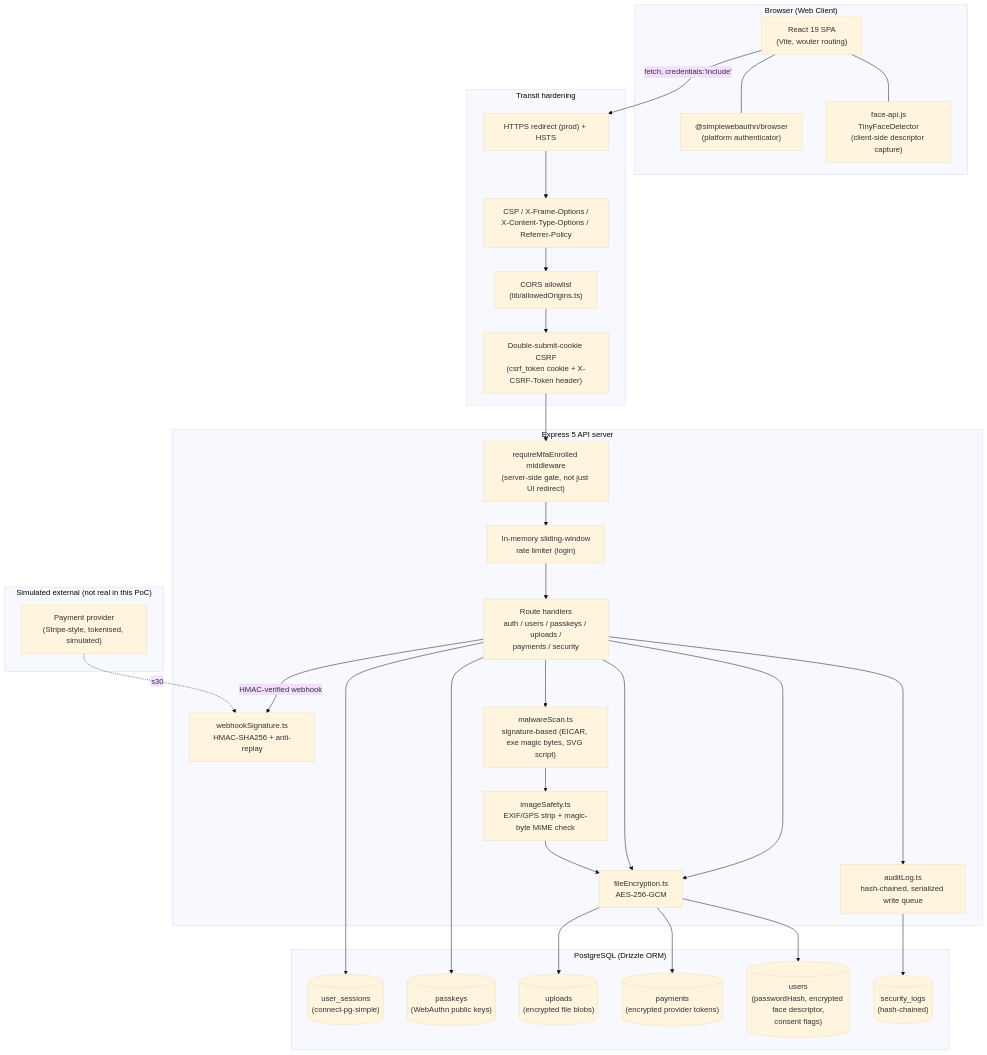
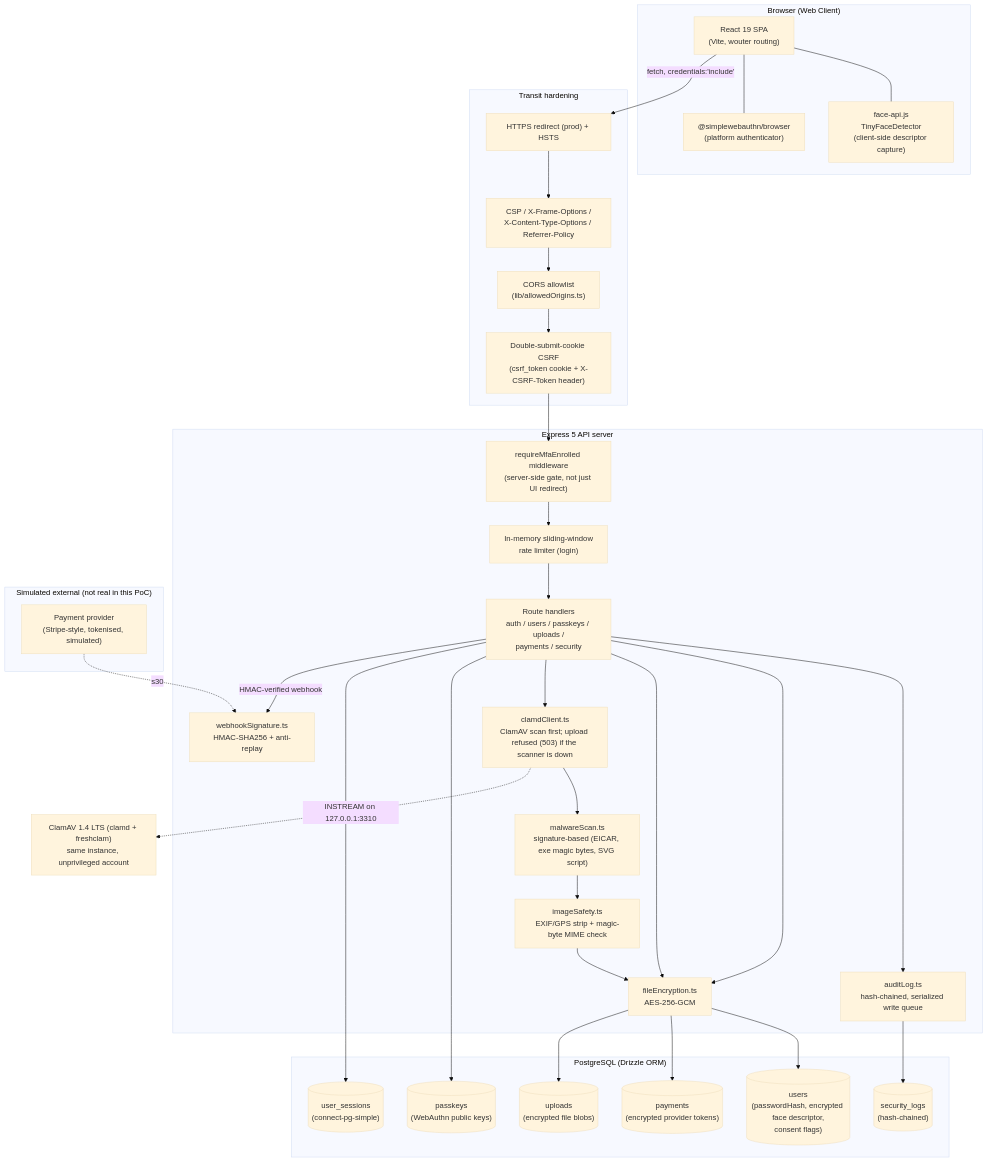
Before and after one commit to GYaseenkhan/Biometric--Authentication: the diagram in docs/01_Security_Architecture.md, drawn with Mermaid (base theme). The commit also changed other lines of this file and 16 other files, not shown here.

First line of the commit message:
Scan uploads with ClamAV on the API instance, and refuse uploads when it is down

````diff
--- a/docs/01_Security_Architecture.md
+++ b/docs/01_Security_Architecture.md
@@ -8,52 +8,54 @@
 ```mermaid
 flowchart TB
     subgraph Client["Browser (Web Client)"]
         UI["React 19 SPA<br/>(Vite, wouter routing)"]
         FaceLib["face-api.js<br/>TinyFaceDetector<br/>(client-side descriptor capture)"]
         WebAuthnClient["@simplewebauthn/browser<br/>(platform authenticator)"]
         UI --- FaceLib
         UI --- WebAuthnClient
     end
 
     subgraph Edge["Transit hardening"]
         HTTPS["HTTPS redirect (prod) + HSTS"]
         Headers["CSP / X-Frame-Options /<br/>X-Content-Type-Options / Referrer-Policy"]
         CORS["CORS allowlist<br/>(lib/allowedOrigins.ts)"]
         CSRF["Double-submit-cookie CSRF<br/>(csrf_token cookie + X-CSRF-Token header)"]
     end
 
     subgraph API["Express 5 API server"]
         MW["requireMfaEnrolled middleware<br/>(server-side gate, not just UI redirect)"]
         RateLimit["In-memory sliding-window<br/>rate limiter (login)"]
         Routes["Route handlers<br/>auth / users / passkeys / uploads /<br/>payments / security"]
         AuditLib["auditLog.ts<br/>hash-chained, serialized write queue"]
         Encrypt["fileEncryption.ts<br/>AES-256-GCM"]
+        Clamd["clamdClient.ts<br/>ClamAV scan first; upload refused (503) if the scanner is down"]
         Scan["malwareScan.ts<br/>signature-based (EICAR, exe magic bytes, SVG script)"]
         ImgSafety["imageSafety.ts<br/>EXIF/GPS strip + magic-byte MIME check"]
         WebhookSig["webhookSignature.ts<br/>HMAC-SHA256 + anti-replay"]
     end
 
     subgraph DB["PostgreSQL (Drizzle ORM)"]
         Users[("users<br/>(passwordHash, encrypted face descriptor,<br/>consent flags)")]
         Passkeys[("passkeys<br/>(WebAuthn public keys)")]
         Uploads[("uploads<br/>(encrypted file blobs)")]
         Payments[("payments<br/>(encrypted provider tokens)")]
         Logs[("security_logs<br/>(hash-chained)")]
         Sessions[("user_sessions<br/>(connect-pg-simple)")]
     end
 
     subgraph ExternalSim["Simulated external (not real in this PoC)"]
         Provider["Payment provider<br/>(Stripe-style, tokenised, simulated)"]
     end
 
     UI -->|fetch, credentials:'include'| HTTPS --> Headers --> CORS --> CSRF --> MW
     MW --> RateLimit --> Routes
     Routes --> AuditLib --> Logs
     Routes --> Encrypt --> Users
     Routes --> Encrypt --> Payments
-    Routes --> Scan --> ImgSafety --> Encrypt --> Uploads
+    Routes --> Clamd --> Scan --> ImgSafety --> Encrypt --> Uploads
+    Clamd -.->|"INSTREAM on 127.0.0.1:3310"| ClamAV["ClamAV 1.4 LTS (clamd + freshclam)<br/>same instance, unprivileged account"]
     Routes --> Passkeys
     Routes --> Sessions
     Routes -->|HMAC-verified webhook| WebhookSig
     Provider -. s30 .-> WebhookSig
 ```
````
